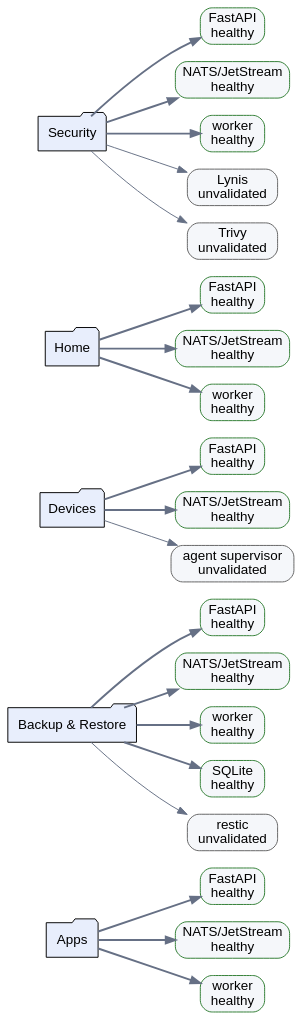
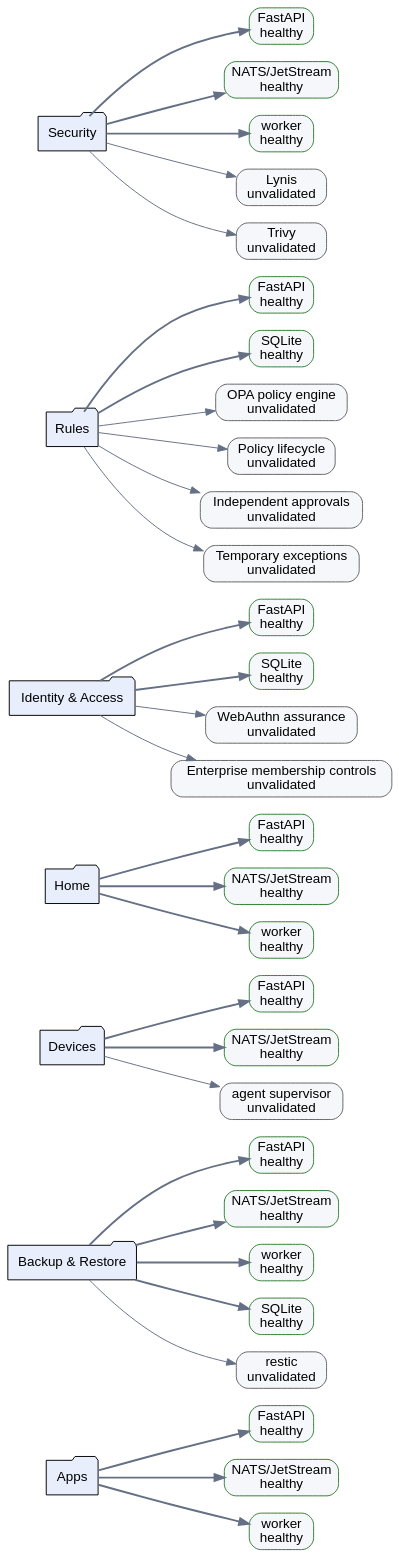
Before and after one commit to dexter-lab-ctrl/pocket-lab-lite: the diagram in docs/generated/assets/enterprise/dependency-health-production.dot, drawn with Graphviz. The commit also changed 128 other files, not shown here.

```diff
--- a/docs/generated/assets/enterprise/dependency-health-production.dot
+++ b/docs/generated/assets/enterprise/dependency-health-production.dot
@@ -1,48 +1,70 @@
 digraph dependency_health {
   graph [rankdir="LR", bgcolor="transparent", fontname="sans-serif"];
   node [shape="box", style="rounded,filled", fontname="sans-serif", fillcolor="#f5f7fa"];
   edge [fontname="sans-serif", color="#667085"];
   d0 [label="Apps", shape="folder", fillcolor="#e8eefc"];
   d0n0 [label="FastAPI\nhealthy", color="#2e7d32"];
   d0 -> d0n0 [style="bold"];
   d0n1 [label="NATS/JetStream\nhealthy", color="#2e7d32"];
   d0 -> d0n1 [style="bold"];
   d0n2 [label="worker\nhealthy", color="#2e7d32"];
   d0 -> d0n2 [style="bold"];
   d1 [label="Backup & Restore", shape="folder", fillcolor="#e8eefc"];
   d1n0 [label="FastAPI\nhealthy", color="#2e7d32"];
   d1 -> d1n0 [style="bold"];
   d1n1 [label="NATS/JetStream\nhealthy", color="#2e7d32"];
   d1 -> d1n1 [style="bold"];
   d1n2 [label="worker\nhealthy", color="#2e7d32"];
   d1 -> d1n2 [style="bold"];
   d1n3 [label="SQLite\nhealthy", color="#2e7d32"];
   d1 -> d1n3 [style="bold"];
   d1n4 [label="restic\nunvalidated", color="#626262"];
   d1 -> d1n4 [style="solid"];
   d2 [label="Devices", shape="folder", fillcolor="#e8eefc"];
   d2n0 [label="FastAPI\nhealthy", color="#2e7d32"];
   d2 -> d2n0 [style="bold"];
   d2n1 [label="NATS/JetStream\nhealthy", color="#2e7d32"];
   d2 -> d2n1 [style="bold"];
   d2n2 [label="agent supervisor\nunvalidated", color="#626262"];
   d2 -> d2n2 [style="solid"];
   d3 [label="Home", shape="folder", fillcolor="#e8eefc"];
   d3n0 [label="FastAPI\nhealthy", color="#2e7d32"];
   d3 -> d3n0 [style="bold"];
   d3n1 [label="NATS/JetStream\nhealthy", color="#2e7d32"];
   d3 -> d3n1 [style="bold"];
   d3n2 [label="worker\nhealthy", color="#2e7d32"];
   d3 -> d3n2 [style="bold"];
-  d4 [label="Security", shape="folder", fillcolor="#e8eefc"];
+  d4 [label="Identity & Access", shape="folder", fillcolor="#e8eefc"];
   d4n0 [label="FastAPI\nhealthy", color="#2e7d32"];
   d4 -> d4n0 [style="bold"];
-  d4n1 [label="NATS/JetStream\nhealthy", color="#2e7d32"];
+  d4n1 [label="SQLite\nhealthy", color="#2e7d32"];
   d4 -> d4n1 [style="bold"];
-  d4n2 [label="worker\nhealthy", color="#2e7d32"];
-  d4 -> d4n2 [style="bold"];
-  d4n3 [label="Lynis\nunvalidated", color="#626262"];
+  d4n2 [label="WebAuthn assurance\nunvalidated", color="#626262"];
+  d4 -> d4n2 [style="solid"];
+  d4n3 [label="Enterprise membership controls\nunvalidated", color="#626262"];
   d4 -> d4n3 [style="solid"];
-  d4n4 [label="Trivy\nunvalidated", color="#626262"];
-  d4 -> d4n4 [style="solid"];
+  d5 [label="Rules", shape="folder", fillcolor="#e8eefc"];
+  d5n0 [label="FastAPI\nhealthy", color="#2e7d32"];
+  d5 -> d5n0 [style="bold"];
+  d5n1 [label="SQLite\nhealthy", color="#2e7d32"];
+  d5 -> d5n1 [style="bold"];
+  d5n2 [label="OPA policy engine\nunvalidated", color="#626262"];
+  d5 -> d5n2 [style="solid"];
+  d5n3 [label="Policy lifecycle\nunvalidated", color="#626262"];
+  d5 -> d5n3 [style="solid"];
+  d5n4 [label="Independent approvals\nunvalidated", color="#626262"];
+  d5 -> d5n4 [style="solid"];
+  d5n5 [label="Temporary exceptions\nunvalidated", color="#626262"];
+  d5 -> d5n5 [style="solid"];
+  d6 [label="Security", shape="folder", fillcolor="#e8eefc"];
+  d6n0 [label="FastAPI\nhealthy", color="#2e7d32"];
+  d6 -> d6n0 [style="bold"];
+  d6n1 [label="NATS/JetStream\nhealthy", color="#2e7d32"];
+  d6 -> d6n1 [style="bold"];
+  d6n2 [label="worker\nhealthy", color="#2e7d32"];
+  d6 -> d6n2 [style="bold"];
+  d6n3 [label="Lynis\nunvalidated", color="#626262"];
+  d6 -> d6n3 [style="solid"];
+  d6n4 [label="Trivy\nunvalidated", color="#626262"];
+  d6 -> d6n4 [style="solid"];
 }
```
